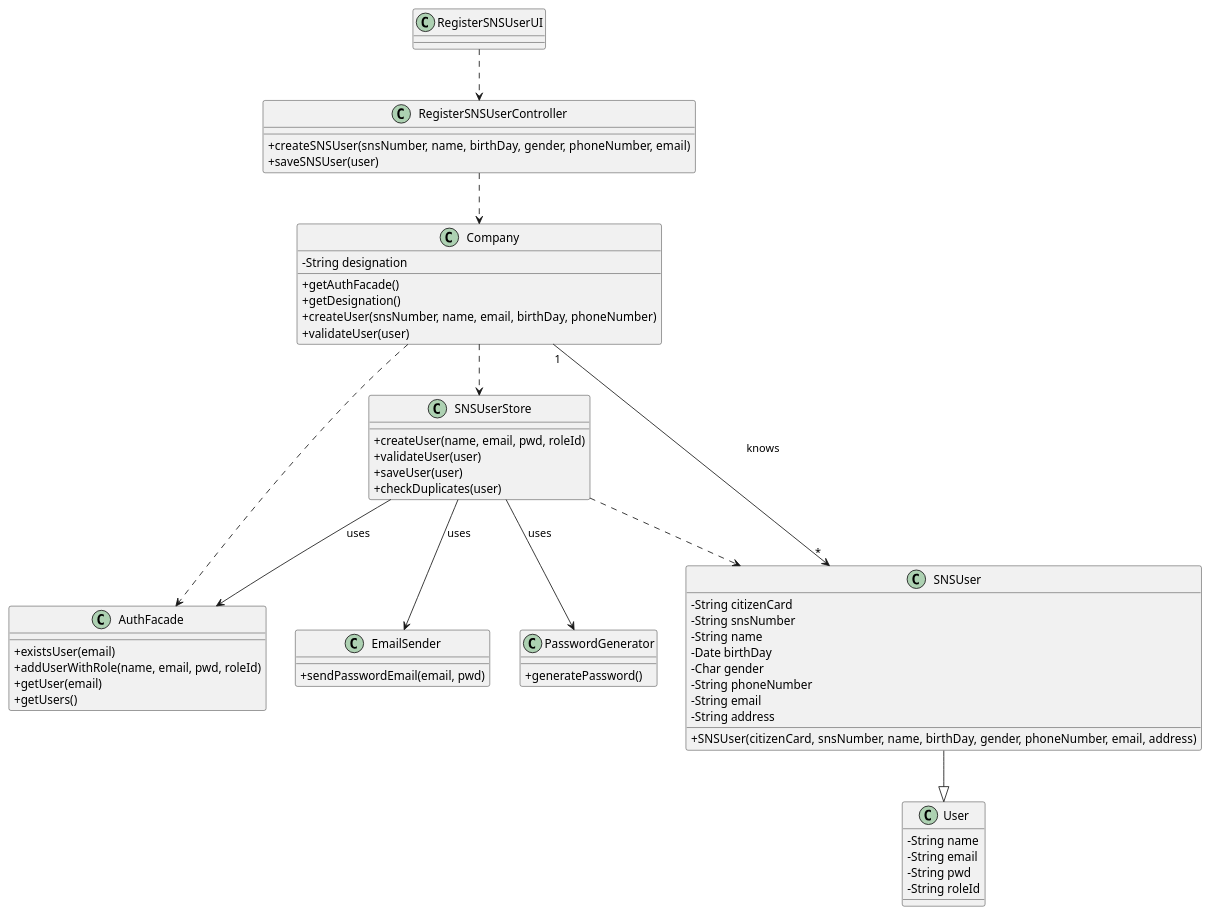
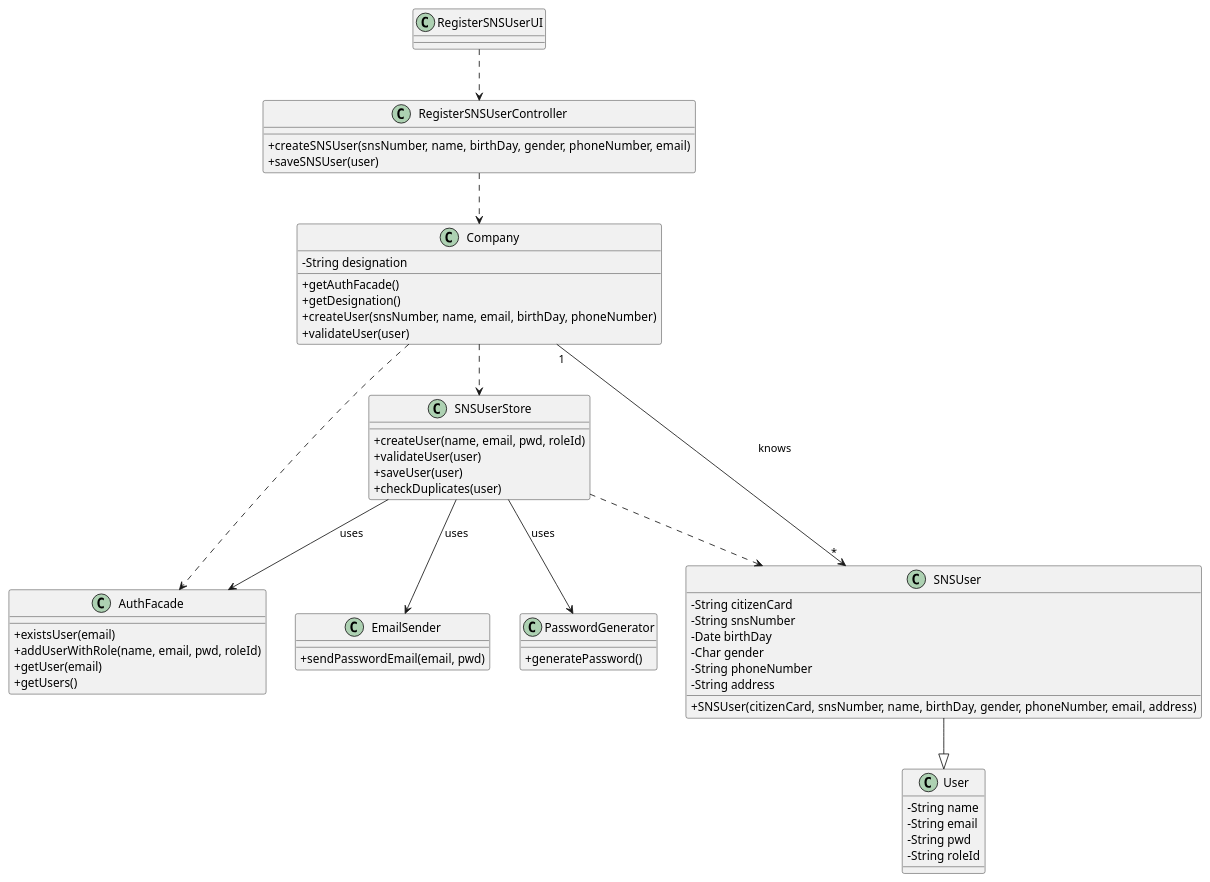
One commit to miseEnPlace-i/lapr2 changed the diagram in docs/SprintB/US03/CD/US03_CD.puml. Above: the diagram before and after it, drawn with PlantUML. The commit also changed 1 other file, not shown here.

```diff
--- a/docs/SprintB/US03/CD/US03_CD.puml
+++ b/docs/SprintB/US03/CD/US03_CD.puml
@@ -1,76 +1,74 @@
 @startuml Class Diagram
 skinparam classAttributeIconSize 0
 
 class AuthFacade {
   + existsUser(email)
   + addUserWithRole(name, email, pwd, roleId)
   + getUser(email)
   + getUsers()
 }
 
 class Company {
   - String designation
   + getAuthFacade()
   + getDesignation()
   + createUser(snsNumber, name, email, birthDay, phoneNumber)
   + validateUser(user)
 }
 
 class RegisterSNSUserController {
   + createSNSUser(snsNumber, name, birthDay, gender, phoneNumber, email)
   + saveSNSUser(user)
 }
 
 class RegisterSNSUserUI { }
 
 class SNSUser {
   - String citizenCard
   - String snsNumber
-  - String name
   - Date birthDay
   - Char gender
   - String phoneNumber
-  - String email
   - String address
   + SNSUser(citizenCard, snsNumber, name, birthDay, gender, phoneNumber, email, address)
 }
 
 class User {
   - String name
   - String email
   - String pwd
   - String roleId
 }
 
 class SNSUserStore {
   + createUser(name, email, pwd, roleId)
   + validateUser(user)
   + saveUser(user)
   + checkDuplicates(user)
 }
 
 class PasswordGenerator {
   + generatePassword()
 }
 
 class EmailSender {
   + sendPasswordEmail(email, pwd)
 }
 
 
 Company ..> SNSUserStore
 Company ..> AuthFacade
 Company "1" --> "*" SNSUser : knows
 
 RegisterSNSUserController ..> Company
 
 RegisterSNSUserUI ..> RegisterSNSUserController
 
 SNSUser --|> User
 
 SNSUserStore --> AuthFacade : uses
 SNSUserStore --> PasswordGenerator : uses 
 SNSUserStore --> EmailSender : uses
 SNSUserStore ..> SNSUser
 
 @enduml
```
